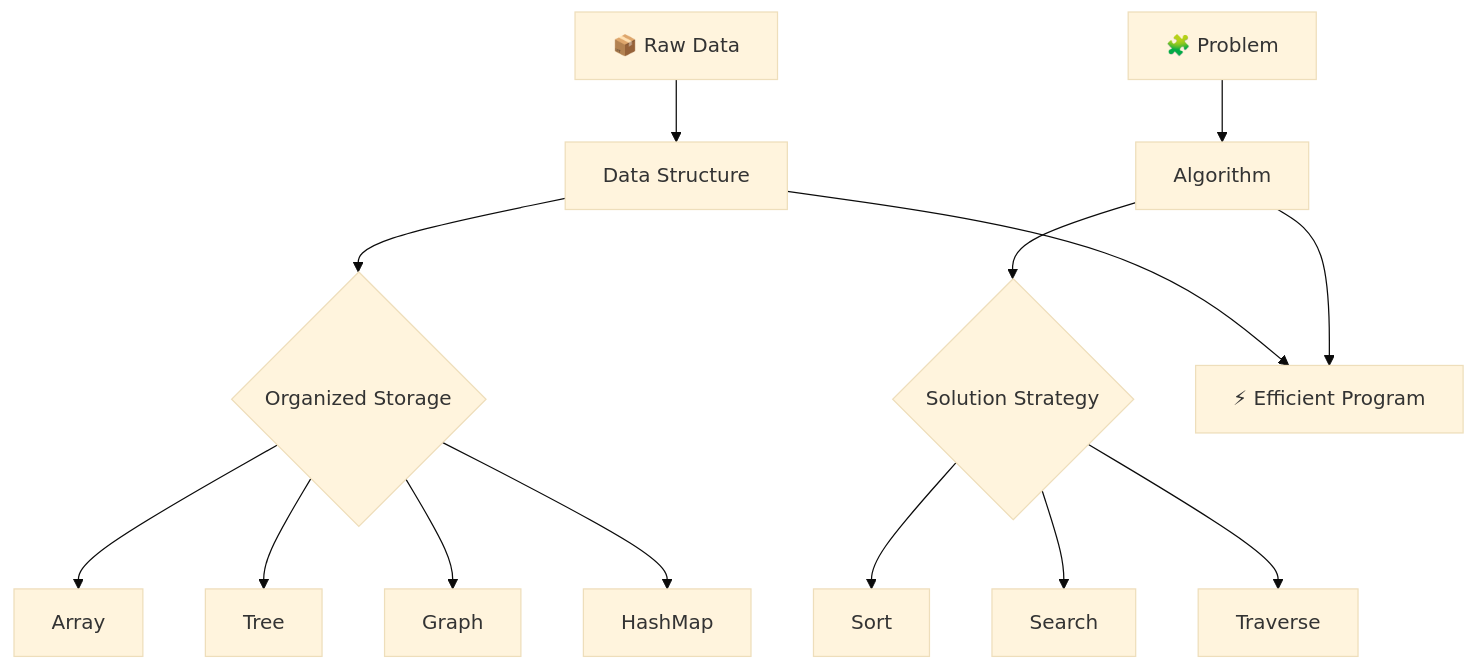
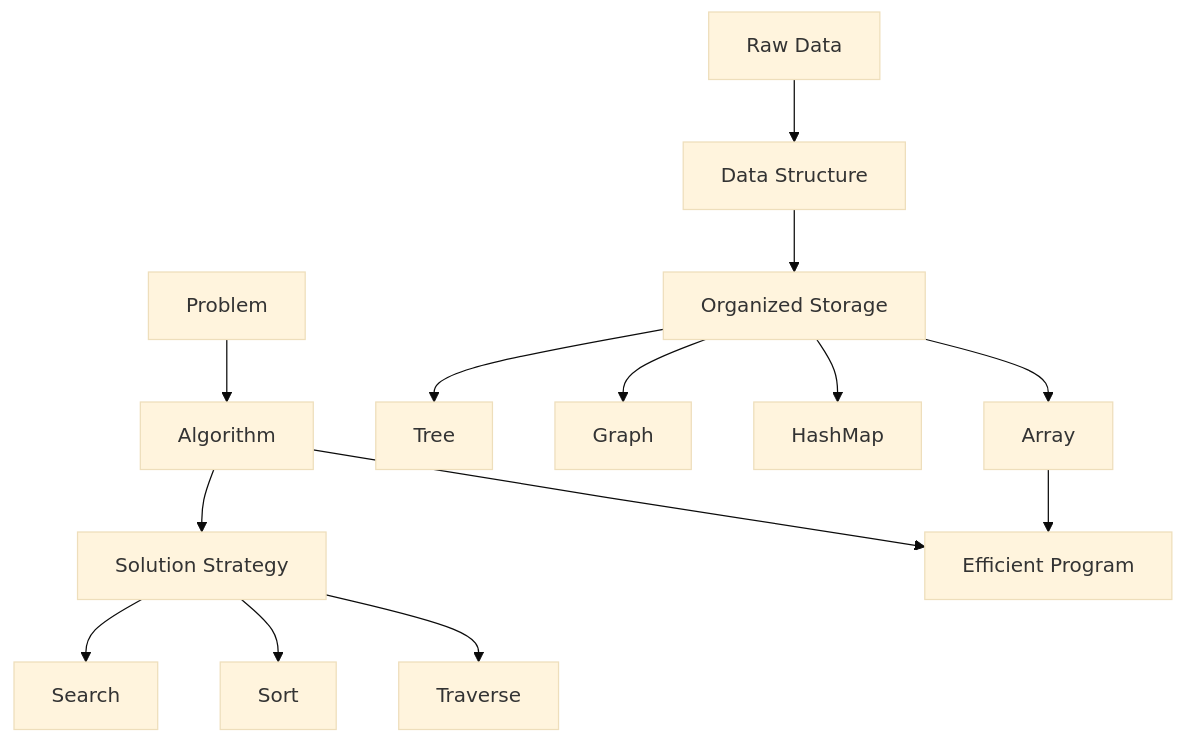
One commit to Kshitijgul/Notes changed the first of 12 diagrams in DSA/01-Introduction.md. Above: the diagram before and after it, drawn with Mermaid (base theme). The commit also changed other lines of this file and 1 other file, not shown here.

````diff
--- a/DSA/01-Introduction.md
+++ b/DSA/01-Introduction.md
@@ -98,18 +134,18 @@
 ```mermaid
 flowchart TD
-    A[📦 Raw Data] --> B[Data Structure]
-    B --> C{Organized Storage}
+    A[Raw Data] --> B[Data Structure]
+    B --> C[Organized Storage]
     C --> D[Array]
     C --> E[Tree]
     C --> F[Graph]
     C --> G[HashMap]
-    
-    H[🧩 Problem] --> I[Algorithm]
-    I --> J{Solution Strategy}
-    J --> K[Sort]
-    J --> L[Search]
+
+    H[Problem] --> I[Algorithm]
+    I --> J[Solution Strategy]
+    J --> K[Search]
+    J --> L[Sort]
     J --> M[Traverse]
-    
-    B --> N[⚡ Efficient Program]
+
+    D --> N[Efficient Program]
     I --> N
 ```
````
